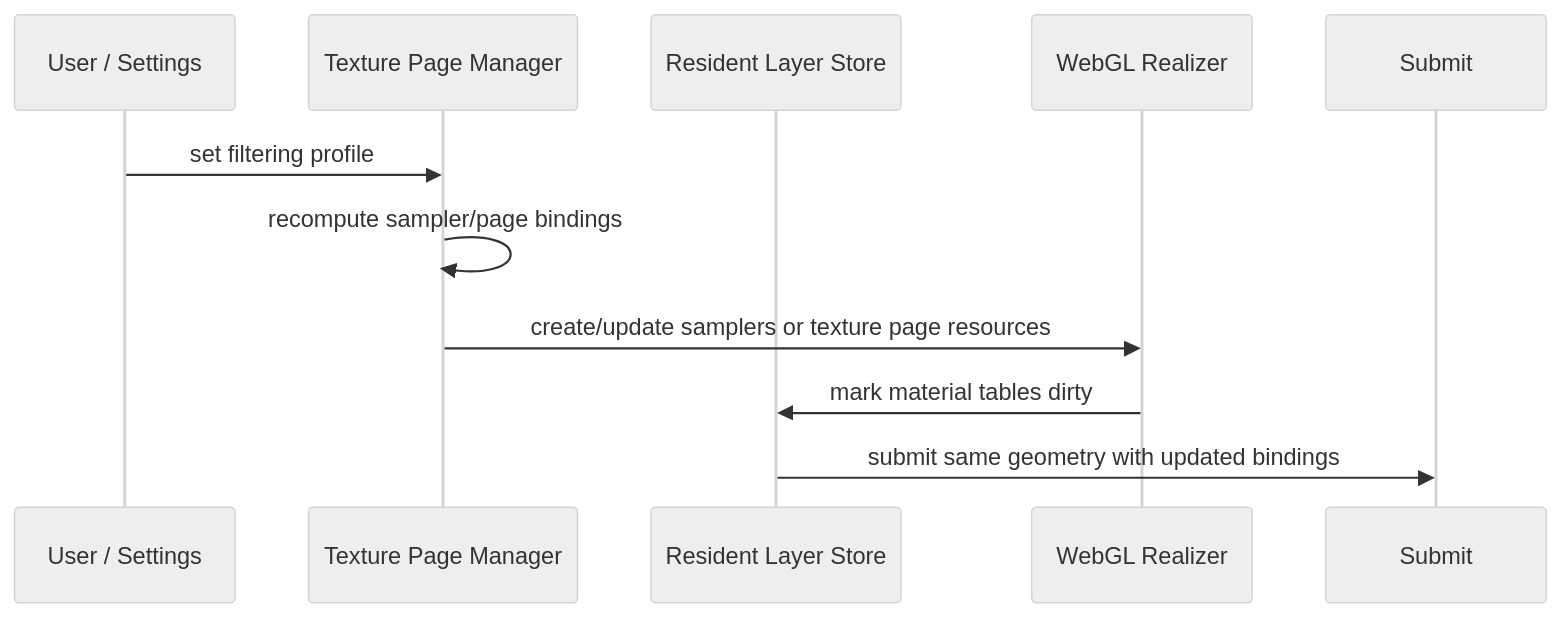
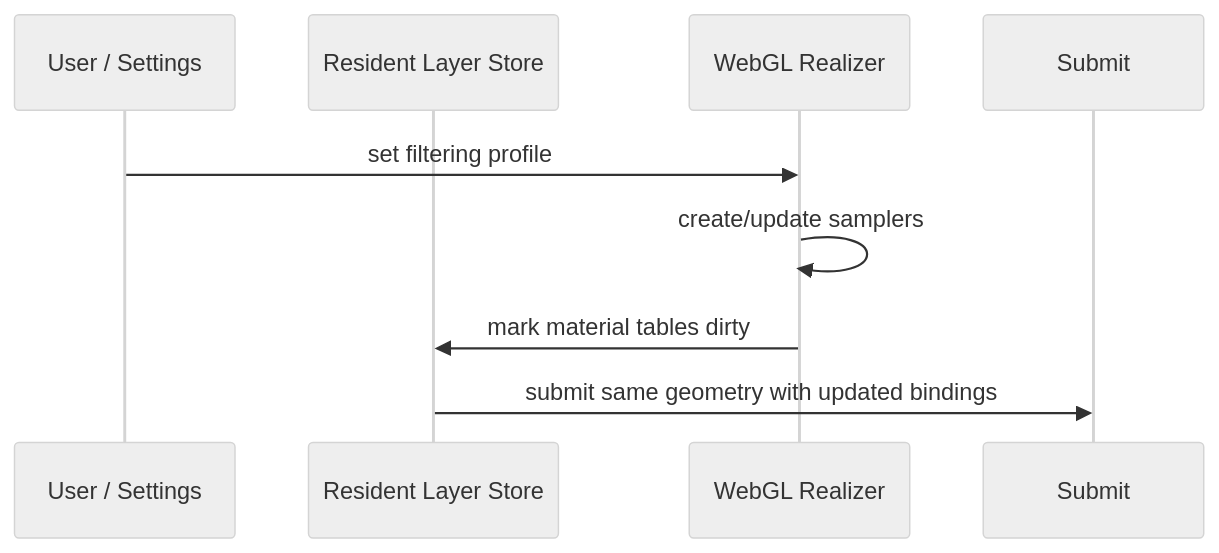
The sixth of 9 diagrams in docs/plans/holtburger-3d-static-landblock-render-bundle-replacement-plan.md (merklejerk/holtburger), drawn with Mermaid (neutral theme) before and after one commit. The commit also changed other lines of this file and 4 other files, not shown here.

````diff
--- a/docs/plans/holtburger-3d-static-landblock-render-bundle-replacement-plan.md
+++ b/docs/plans/holtburger-3d-static-landblock-render-bundle-replacement-plan.md
@@ -412,14 +545,12 @@
 ```mermaid
 sequenceDiagram
     participant UI as User / Settings
-    participant TPM as Texture Page Manager
     participant Store as Resident Layer Store
     participant GL as WebGL Realizer
     participant Draw as Submit
 
-    UI->>TPM: set filtering profile
-    TPM->>TPM: recompute sampler/page bindings
-    TPM->>GL: create/update samplers or texture page resources
+    UI->>GL: set filtering profile
+    GL->>GL: create/update samplers
     GL->>Store: mark material tables dirty
     Store->>Draw: submit same geometry with updated bindings
 ```
````
